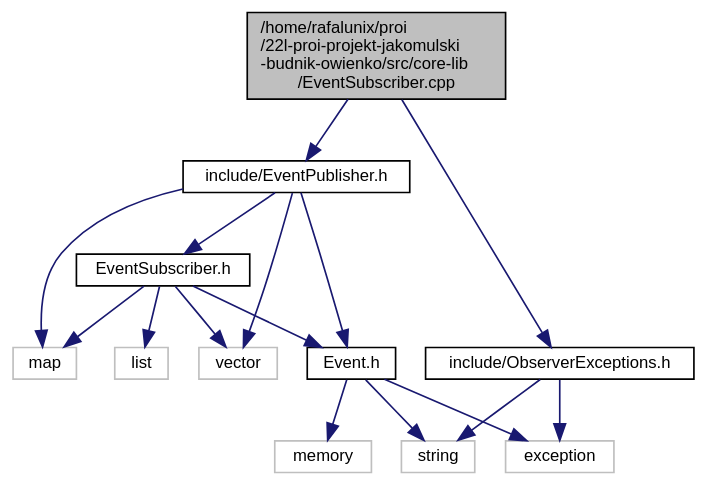
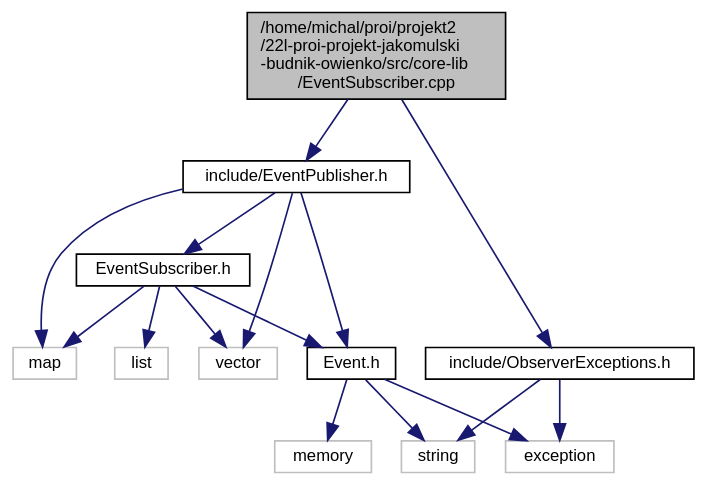
The diagram in doc/rtf/_event_subscriber_8cpp__incl.dot (SNURTEL/battle-city), drawn with Graphviz before and after one commit. The commit also changed 1284 other files, not shown here.

```diff
--- a/doc/rtf/_event_subscriber_8cpp__incl.dot
+++ b/doc/rtf/_event_subscriber_8cpp__incl.dot
@@ -1,34 +1,34 @@
-digraph "/home/rafalunix/proi/22l-proi-projekt-jakomulski-budnik-owienko/src/core-lib/EventSubscriber.cpp"
+digraph "/home/michal/proi/projekt2/22l-proi-projekt-jakomulski-budnik-owienko/src/core-lib/EventSubscriber.cpp"
 {
  // INTERACTIVE_SVG=YES
  // LATEX_PDF_SIZE
   bgcolor="transparent";
   edge [fontname="Helvetica",fontsize="10",labelfontname="Helvetica",labelfontsize="10"];
   node [fontname="Helvetica",fontsize="10",shape=record];
-  Node1 [label="/home/rafalunix/proi\l/22l-proi-projekt-jakomulski\l-budnik-owienko/src/core-lib\l/EventSubscriber.cpp",height=0.2,width=0.4,color="black", fillcolor="grey75", style="filled", fontcolor="black",tooltip=" "];
+  Node1 [label="/home/michal/proi/projekt2\l/22l-proi-projekt-jakomulski\l-budnik-owienko/src/core-lib\l/EventSubscriber.cpp",height=0.2,width=0.4,color="black", fillcolor="grey75", style="filled", fontcolor="black",tooltip=" "];
   Node1 -> Node2 [color="midnightblue",fontsize="10",style="solid",fontname="Helvetica"];
   Node2 [label="include/EventPublisher.h",height=0.2,width=0.4,color="black",URL="$_event_publisher_8h.html",tooltip=" "];
   Node2 -> Node3 [color="midnightblue",fontsize="10",style="solid",fontname="Helvetica"];
   Node3 [label="map",height=0.2,width=0.4,color="grey75",tooltip=" "];
   Node2 -> Node4 [color="midnightblue",fontsize="10",style="solid",fontname="Helvetica"];
   Node4 [label="vector",height=0.2,width=0.4,color="grey75",tooltip=" "];
   Node2 -> Node5 [color="midnightblue",fontsize="10",style="solid",fontname="Helvetica"];
   Node5 [label="Event.h",height=0.2,width=0.4,color="black",URL="$_event_8h.html",tooltip=" "];
   Node5 -> Node6 [color="midnightblue",fontsize="10",style="solid",fontname="Helvetica"];
   Node6 [label="exception",height=0.2,width=0.4,color="grey75",tooltip=" "];
   Node5 -> Node7 [color="midnightblue",fontsize="10",style="solid",fontname="Helvetica"];
   Node7 [label="string",height=0.2,width=0.4,color="grey75",tooltip=" "];
   Node5 -> Node8 [color="midnightblue",fontsize="10",style="solid",fontname="Helvetica"];
   Node8 [label="memory",height=0.2,width=0.4,color="grey75",tooltip=" "];
   Node2 -> Node9 [color="midnightblue",fontsize="10",style="solid",fontname="Helvetica"];
   Node9 [label="EventSubscriber.h",height=0.2,width=0.4,color="black",URL="$_event_subscriber_8h.html",tooltip=" "];
   Node9 -> Node3 [color="midnightblue",fontsize="10",style="solid",fontname="Helvetica"];
   Node9 -> Node4 [color="midnightblue",fontsize="10",style="solid",fontname="Helvetica"];
   Node9 -> Node10 [color="midnightblue",fontsize="10",style="solid",fontname="Helvetica"];
   Node10 [label="list",height=0.2,width=0.4,color="grey75",tooltip=" "];
   Node9 -> Node5 [color="midnightblue",fontsize="10",style="solid",fontname="Helvetica"];
   Node1 -> Node11 [color="midnightblue",fontsize="10",style="solid",fontname="Helvetica"];
   Node11 [label="include/ObserverExceptions.h",height=0.2,width=0.4,color="black",URL="$_observer_exceptions_8h.html",tooltip=" "];
   Node11 -> Node6 [color="midnightblue",fontsize="10",style="solid",fontname="Helvetica"];
   Node11 -> Node7 [color="midnightblue",fontsize="10",style="solid",fontname="Helvetica"];
 }
```
